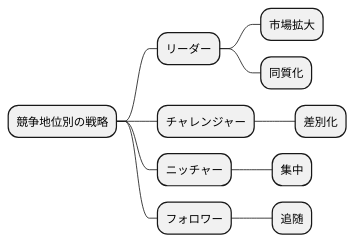
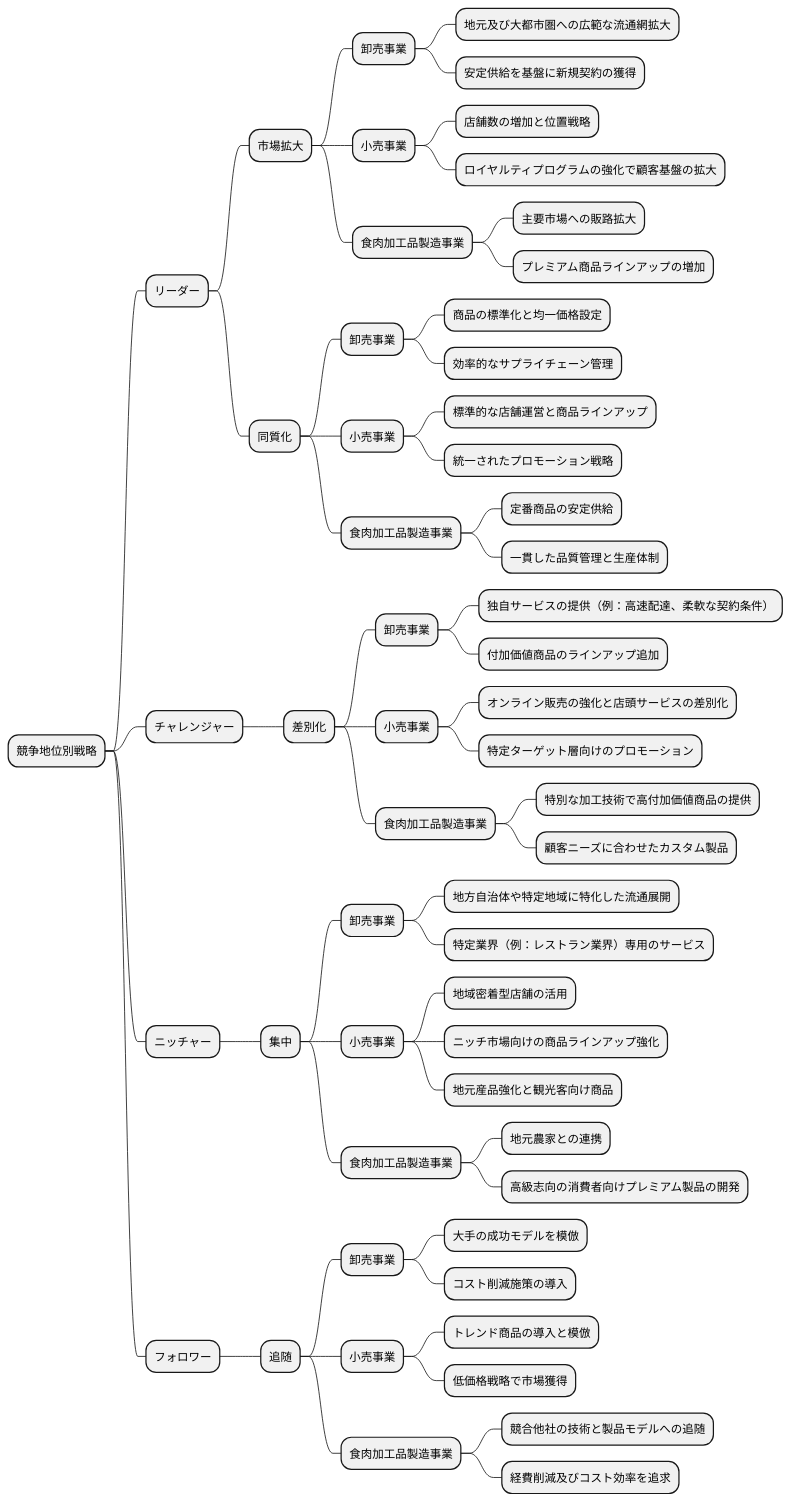
One commit to k2works/case-sutudy-business-analysis changed the seventh of 15 diagrams in docs/case/r04_case_2.adoc. Above: the diagram before and after it, drawn with PlantUML. The commit also changed other lines of this file, not shown here.

```diff
--- a/docs/case/r04_case_2.adoc
+++ b/docs/case/r04_case_2.adoc
@@ -308,15 +290,64 @@
 [plantuml]
 ----
 @startmindmap
-* 競争地位別の戦略
+* 競争地位別戦略
 ** リーダー
 *** 市場拡大
+**** 卸売事業
+***** 地元及び大都市圏への広範な流通網拡大
+***** 安定供給を基盤に新規契約の獲得
+**** 小売事業
+***** 店舗数の増加と位置戦略
+***** ロイヤルティプログラムの強化で顧客基盤の拡大
+**** 食肉加工品製造事業
+***** 主要市場への販路拡大
+***** プレミアム商品ラインアップの増加
 *** 同質化
+**** 卸売事業
+***** 商品の標準化と均一価格設定
+***** 効率的なサプライチェーン管理
+**** 小売事業
+***** 標準的な店舗運営と商品ラインアップ
+***** 統一されたプロモーション戦略
+**** 食肉加工品製造事業
+***** 定番商品の安定供給
+***** 一貫した品質管理と生産体制
+
 ** チャレンジャー
 *** 差別化
+**** 卸売事業
+***** 独自サービスの提供（例：高速配達、柔軟な契約条件）
+***** 付加価値商品のラインアップ追加
+**** 小売事業
+***** オンライン販売の強化と店頭サービスの差別化
+***** 特定ターゲット層向けのプロモーション
+**** 食肉加工品製造事業
+***** 特別な加工技術で高付加価値商品の提供
+***** 顧客ニーズに合わせたカスタム製品
+
 ** ニッチャー
 *** 集中
+**** 卸売事業
+***** 地方自治体や特定地域に特化した流通展開
+***** 特定業界（例：レストラン業界）専用のサービス
+**** 小売事業
+***** 地域密着型店舗の活用
+***** ニッチ市場向けの商品ラインアップ強化
+***** 地元産品強化と観光客向け商品
+**** 食肉加工品製造事業
+***** 地元農家との連携
+***** 高級志向の消費者向けプレミアム製品の開発
+
 ** フォロワー
 *** 追随
+**** 卸売事業
+***** 大手の成功モデルを模倣
+***** コスト削減施策の導入
+**** 小売事業
+***** トレンド商品の導入と模倣
+***** 低価格戦略で市場獲得
+**** 食肉加工品製造事業
+***** 競合他社の技術と製品モデルへの追随
+***** 経費削減及びコスト効率を追求
 @endmindmap
 ----
```
